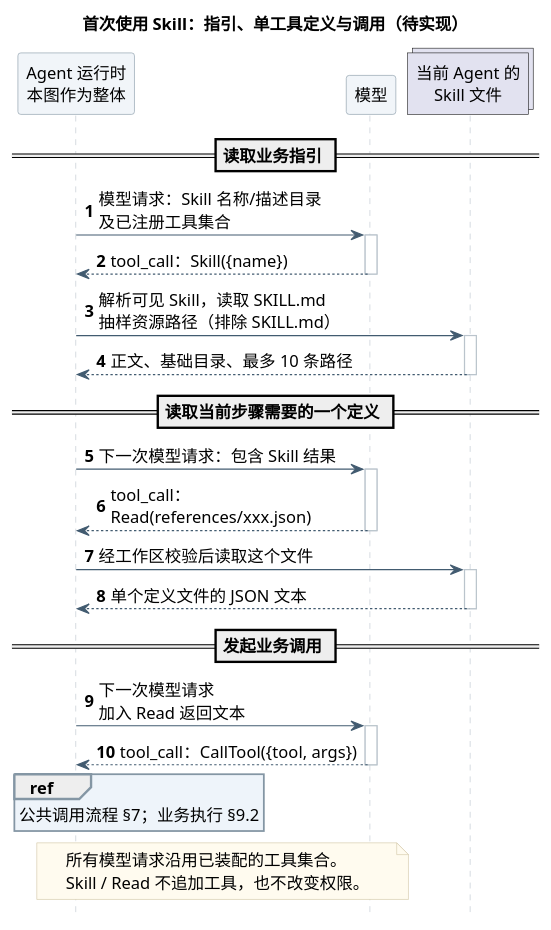
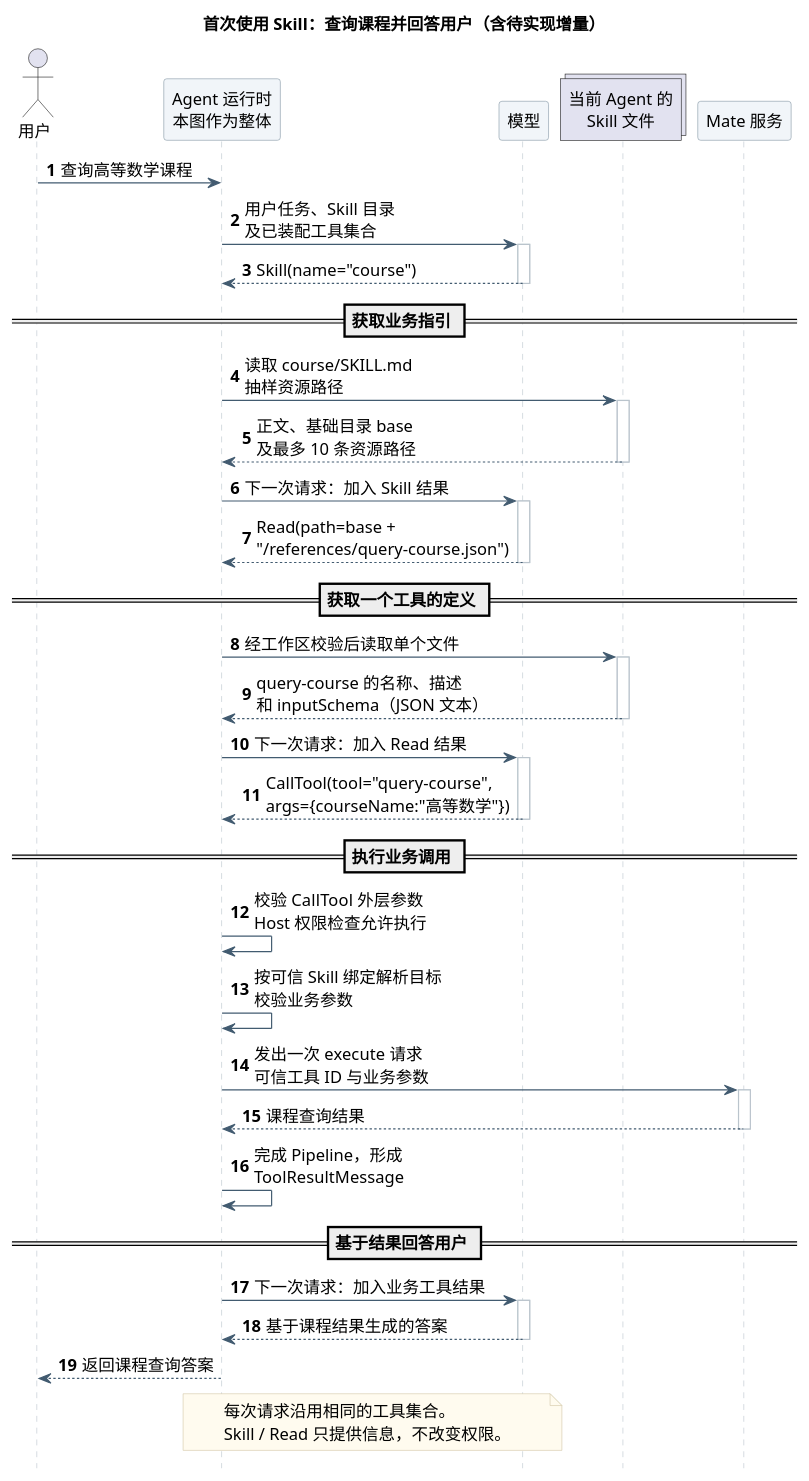
Before and after one commit to ssm0808/pi-mono-java-design: the sixth of 14 diagrams in 01-总体架构/02-CampusClaw工具系统/diagram.puml, drawn with PlantUML. The commit also changed other lines of this file and 18 other files, not shown here.

```diff
--- a/01-总体架构/02-CampusClaw工具系统/diagram.puml
+++ b/01-总体架构/02-CampusClaw工具系统/diagram.puml
@@ -341,60 +391,71 @@
 @startuml list_mate_tools_sequence
 skinparam backgroundColor white
 skinparam defaultFontName "PingFang SC"
 skinparam defaultFontSize 14
 skinparam shadowing false
 skinparam sequenceMessageAlign left
 skinparam maxMessageSize 210
 skinparam sequenceArrowColor #425B70
 skinparam sequenceLifeLineBorderColor #BAC4CC
 skinparam sequenceParticipantBackgroundColor #F1F5F9
 skinparam sequenceParticipantBorderColor #8496A4
 skinparam sequenceGroupBackgroundColor #FAFBFC
 skinparam sequenceGroupBorderColor #BAC4CC
 skinparam sequenceReferenceBackgroundColor #EEF4FA
 skinparam sequenceReferenceBorderColor #8496A4
 skinparam noteBackgroundColor #FFFBEF
 skinparam noteBorderColor #D2C6A5
 hide footbox
 autonumber
 ' Source evidence (OpenCode ebb7b76eca82342642c78645109e865614533827, checked 2026-09-20):
 ' packages/opencode/src/tool/skill.ts: SkillTool
 ' Source evidence (CampusClaw fb842b1ac6cb4818f6b146f79dd184a5cd88bf12, checked 2026-09-21):
-
 ' modules/agent-core/src/main/java/com/campusclaw/agent/loop/AgentLoop.java: invokeModel, runToolPhase
 ' modules/coding-agent-cli/src/main/java/com/campusclaw/codingagent/skill/SkillPromptFormatter.java: format
 ' modules/coding-agent-cli/src/main/java/com/campusclaw/codingagent/tool/read/ReadTool.java: execute, readText
-' Observed behavior: current CampusClaw loads content via Read and exposes definitions through ListMateTools.
-' Design reason: show model-request boundaries, with unchanged registered tools across progressive disclosure.
-' Pending implementation: Skill loader and per-tool definition resources; file production and synchronization are out of scope.
+' modules/coding-agent-cli/src/main/java/com/campusclaw/codingagent/common/client/HttpMateToolClient.java: callTool
+' Observed behavior: tool results return to the loop before its next model request; Read returns file text.
+' Design reason: complete one business scenario from user request to model answer, retaining request boundaries and fixed tools.
+' Pending implementation: Skill/CallTool, per-tool resources and business executor wiring; file production and synchronization are out of scope.
 ' Stable block identity retained for existing document links.
-title 首次使用 Skill：指引、单工具定义与调用（待实现）
+title 首次使用 Skill：查询课程并回答用户（含待实现增量）
 
+actor "用户" as User
 participant "Agent 运行时\n本图作为整体" as Runtime
 participant "模型" as Model
 collections "当前 Agent 的\nSkill 文件" as Files
+participant "Mate 服务" as Mate
 
-== 读取业务指引 ==
-Runtime -> Model ++ : 模型请求：Skill 名称/描述目录\n及已注册工具集合
-Model --> Runtime -- : tool_call：Skill({name})
-Runtime -> Files ++ : 解析可见 Skill，读取 SKILL.md\n抽样资源路径（排除 SKILL.md）
-Files --> Runtime -- : 正文、基础目录、最多 10 条路径
+User -> Runtime : 查询高等数学课程
+Runtime -> Model ++ : 用户任务、Skill 目录\n及已装配工具集合
+Model --> Runtime -- : Skill(name="course")
 
-== 读取当前步骤需要的一个定义 ==
-Runtime -> Model ++ : 下一次模型请求：包含 Skill 结果
-Model --> Runtime -- : tool_call：Read(references/xxx.json)
-Runtime -> Files ++ : 经工作区校验后读取这个文件
-Files --> Runtime -- : 单个定义文件的 JSON 文本
+== 获取业务指引 ==
+Runtime -> Files ++ : 读取 course/SKILL.md\n抽样资源路径
+Files --> Runtime -- : 正文、基础目录 base\n及最多 10 条资源路径
+Runtime -> Model ++ : 下一次请求：加入 Skill 结果
+Model --> Runtime -- : Read(path=base +\n"/references/query-course.json")
 
-== 发起业务调用 ==
-Runtime -> Model ++ : 下一次模型请求\n加入 Read 返回文本
-Model --> Runtime -- : tool_call：CallTool({tool, args})
-ref over Runtime
-  公共调用流程 §7；业务执行 §9.2
-end ref
+== 获取一个工具的定义 ==
+Runtime -> Files ++ : 经工作区校验后读取单个文件
+Files --> Runtime -- : query-course 的名称、描述\n和 inputSchema（JSON 文本）
+Runtime -> Model ++ : 下一次请求：加入 Read 结果
+Model --> Runtime -- : CallTool(tool="query-course",\nargs={courseName:"高等数学"})
+
+== 执行业务调用 ==
+Runtime -> Runtime : 校验 CallTool 外层参数\nHost 权限检查允许执行
+Runtime -> Runtime : 按可信 Skill 绑定解析目标\n校验业务参数
+Runtime -> Mate ++ : 发出一次 execute 请求\n可信工具 ID 与业务参数
+Mate --> Runtime -- : 课程查询结果
+Runtime -> Runtime : 完成 Pipeline，形成 ToolResultMessage
+
+== 基于结果回答用户 ==
+Runtime -> Model ++ : 下一次请求：加入业务工具结果
+Model --> Runtime -- : 基于课程结果生成的答案
+Runtime --> User : 返回课程查询答案
 
 note over Runtime, Model
-  所有模型请求沿用已装配的工具集合。
-  Skill / Read 不追加工具，也不改变权限。
+  每次请求沿用相同的工具集合。
+  Skill / Read 只提供信息，不改变权限。
 end note
 @enduml
```
